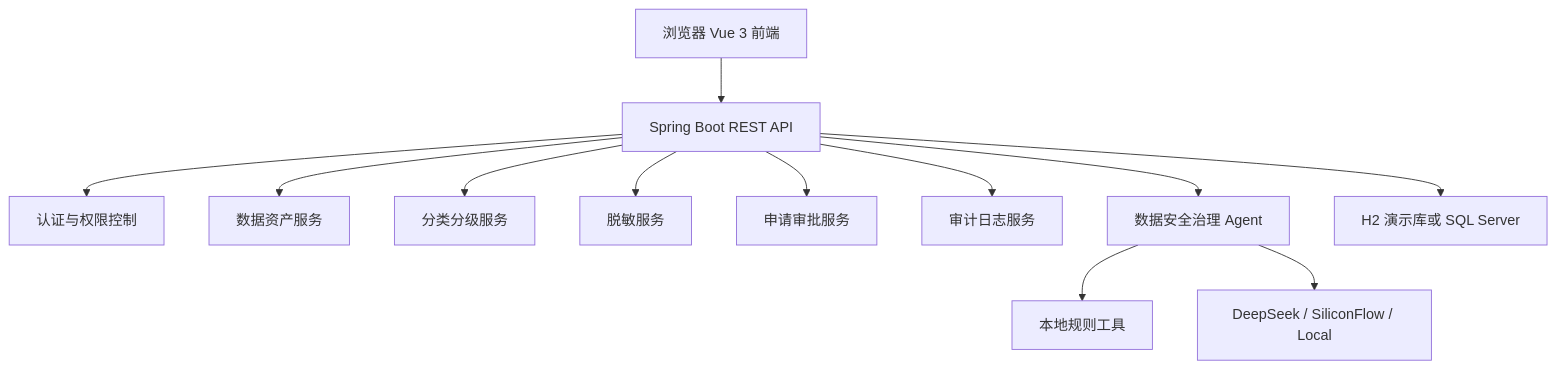
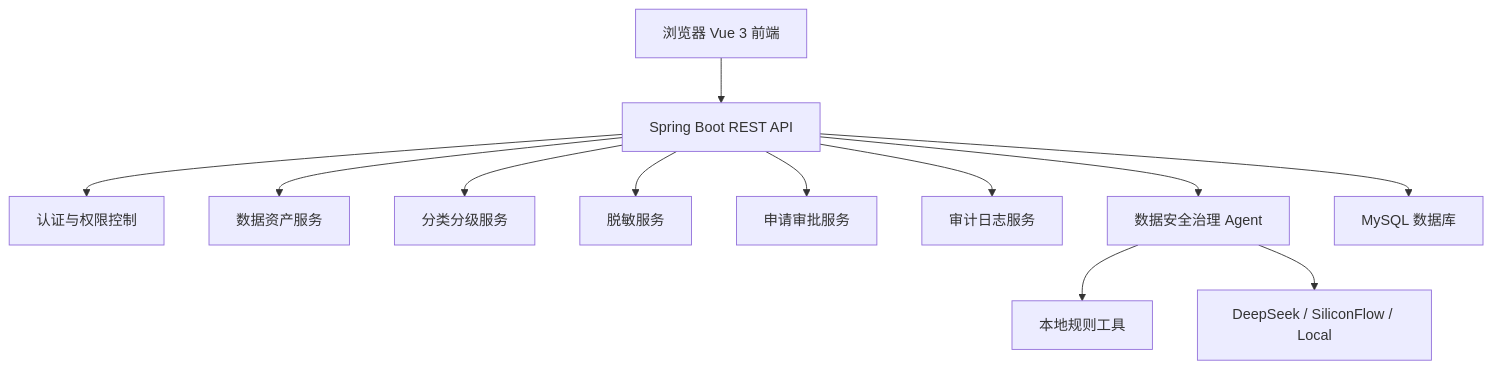
One commit to WaenMax/Safedatabase changed the second of 5 diagrams in docs/final_product_design.md. Above: the diagram before and after it, drawn with Mermaid. The commit also changed other lines of this file and 3757 other files, not shown here.

````diff
--- a/docs/final_product_design.md
+++ b/docs/final_product_design.md
@@ -240,14 +240,14 @@
 ```mermaid
 flowchart TB
     Browser["浏览器 Vue 3 前端"] --> API["Spring Boot REST API"]
     API --> Auth["认证与权限控制"]
     API --> Asset["数据资产服务"]
     API --> Classify["分类分级服务"]
     API --> Mask["脱敏服务"]
     API --> Workflow["申请审批服务"]
     API --> Audit["审计日志服务"]
     API --> Agent["数据安全治理 Agent"]
     Agent --> LocalRules["本地规则工具"]
     Agent --> LLM["DeepSeek / SiliconFlow / Local"]
-    API --> DB["H2 演示库或 SQL Server"]
+    API --> DB["MySQL 数据库"]
 ```
````
